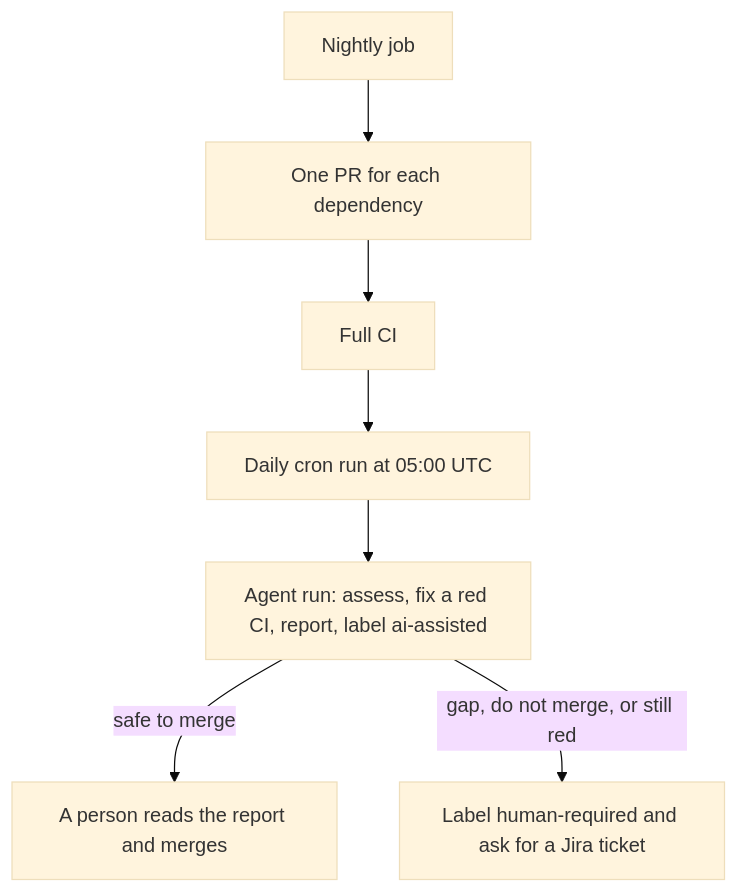
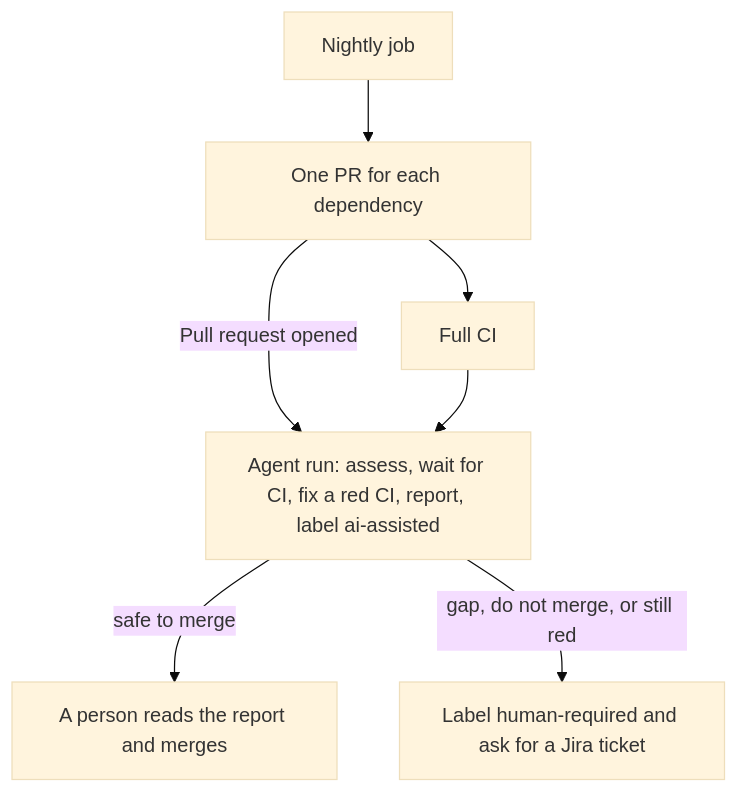
The diagram in docs/security/dependencies.md (Unique-AG/connectors), drawn with Mermaid (base theme) before and after one commit. The commit also changed other lines of this file and 2 other files, not shown here.

Commit message:
docs(main): start the dependency agent when a PR opens and describe an open PR on the next night

````diff
--- a/docs/security/dependencies.md
+++ b/docs/security/dependencies.md
@@ -10,9 +10,9 @@
 ```mermaid
 flowchart TD
   nightly[Nightly job] --> pr[One PR for each dependency]
   pr --> ci[Full CI]
-  ci --> cron[Daily cron run at 05:00 UTC]
-  cron --> agent["Agent run: assess, fix a red CI, report, label ai-assisted"]
+  pr -->|Pull request opened| agent["Agent run: assess, wait for CI, fix a red CI, report, label ai-assisted"]
+  ci --> agent
   agent -->|safe to merge| review[A person reads the report and merges]
   agent -->|gap, do not merge, or still red| human[Label human-required and ask for a Jira ticket]
 ```
````
